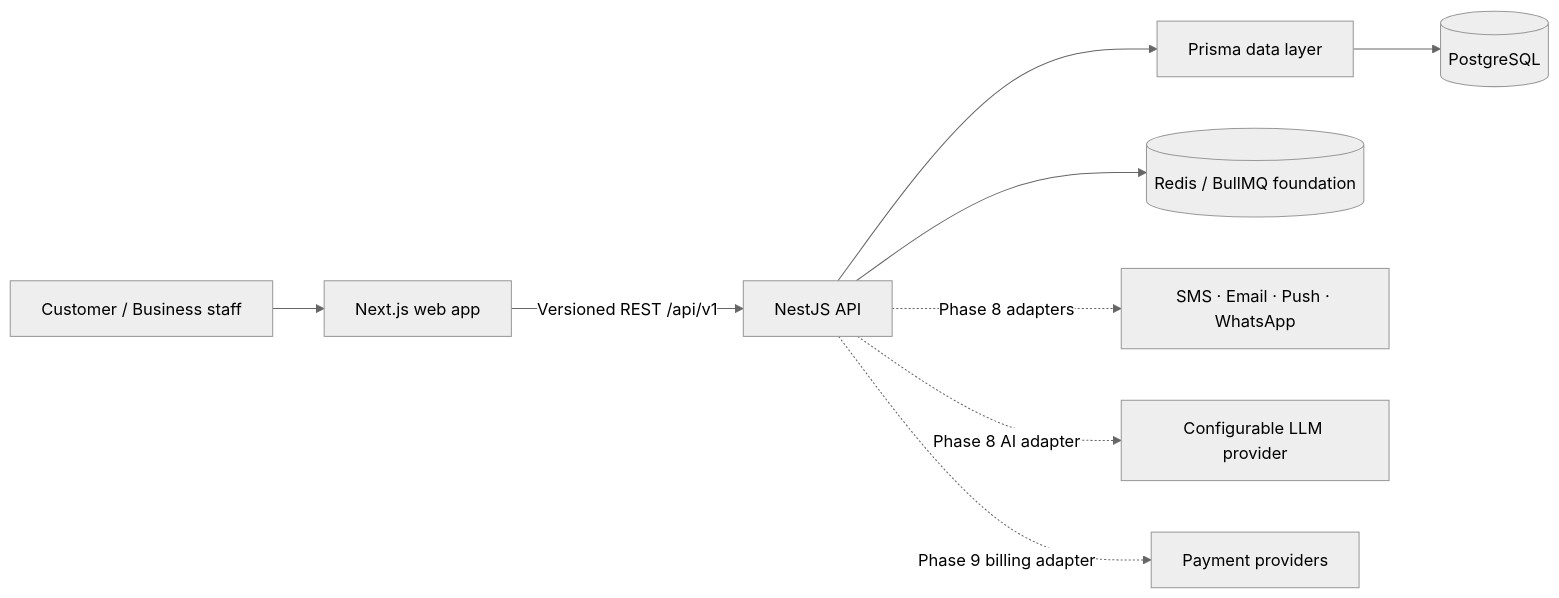
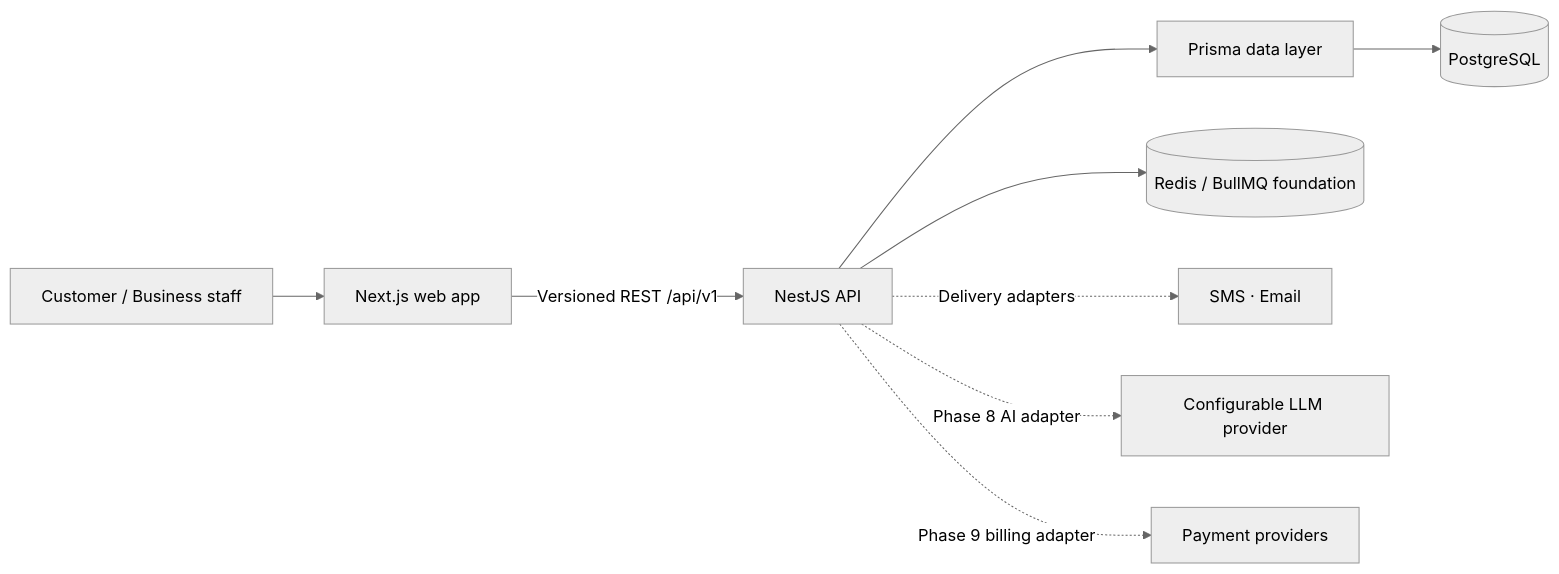
Before and after one commit to haroondhanyal/Gharsync-Web: the diagram in README.md, drawn with Mermaid (neutral theme). The commit also changed other lines of this file and 55 other files, not shown here.

````diff
--- a/README.md
+++ b/README.md
@@ -31,11 +31,11 @@
 ```mermaid
 flowchart LR
   Customer[Customer / Business staff] --> Web[Next.js web app]
   Web -->|Versioned REST /api/v1| API[NestJS API]
   API --> Prisma[Prisma data layer]
   Prisma --> PG[(PostgreSQL)]
   API --> Redis[(Redis / BullMQ foundation)]
-  API -. Phase 8 adapters .-> Providers[SMS · Email · Push · WhatsApp]
+  API -. Delivery adapters .-> Providers[SMS · Email]
   API -. Phase 8 AI adapter .-> LLM[Configurable LLM provider]
   API -. Phase 9 billing adapter .-> Payments[Payment providers]
 ```
````
